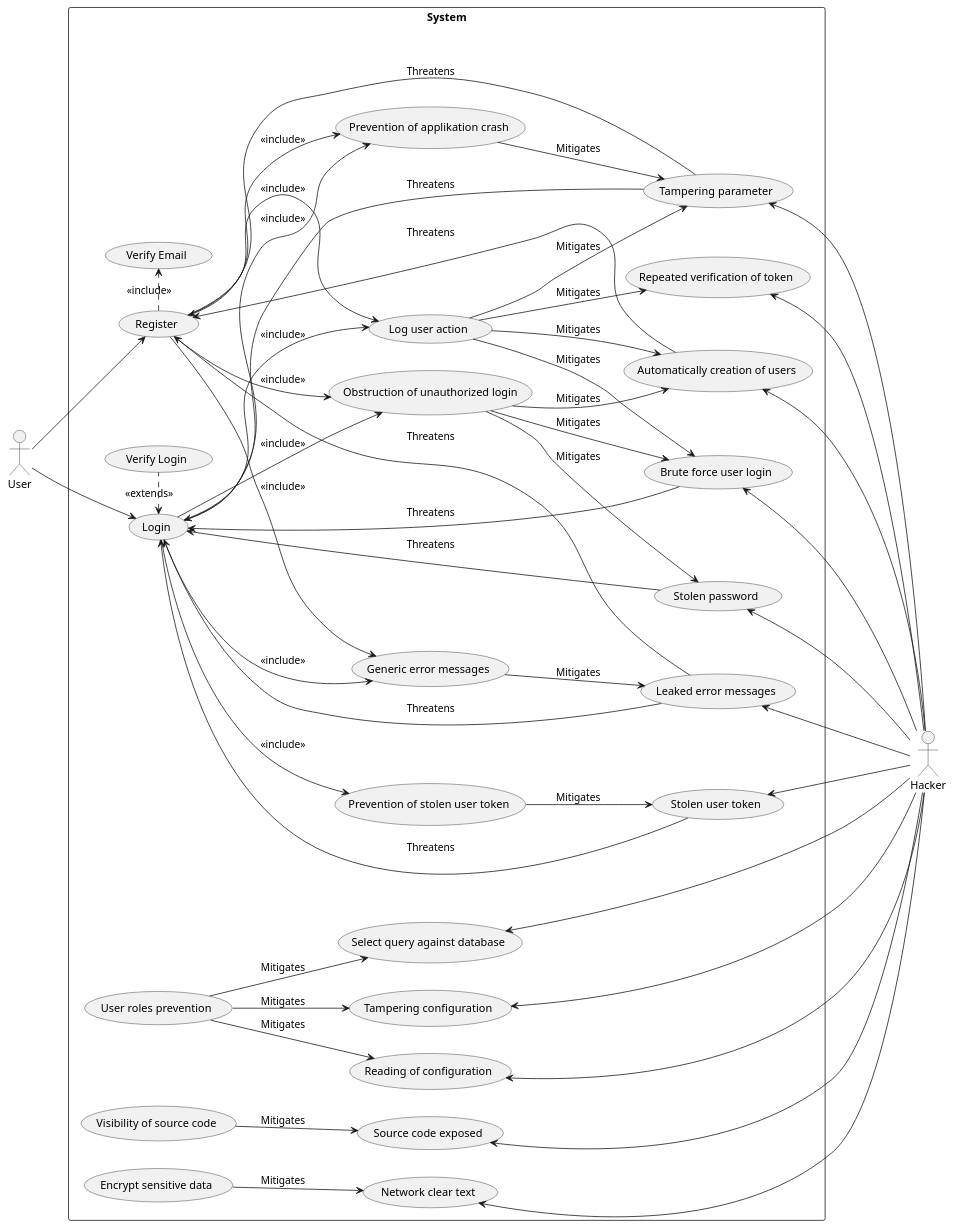
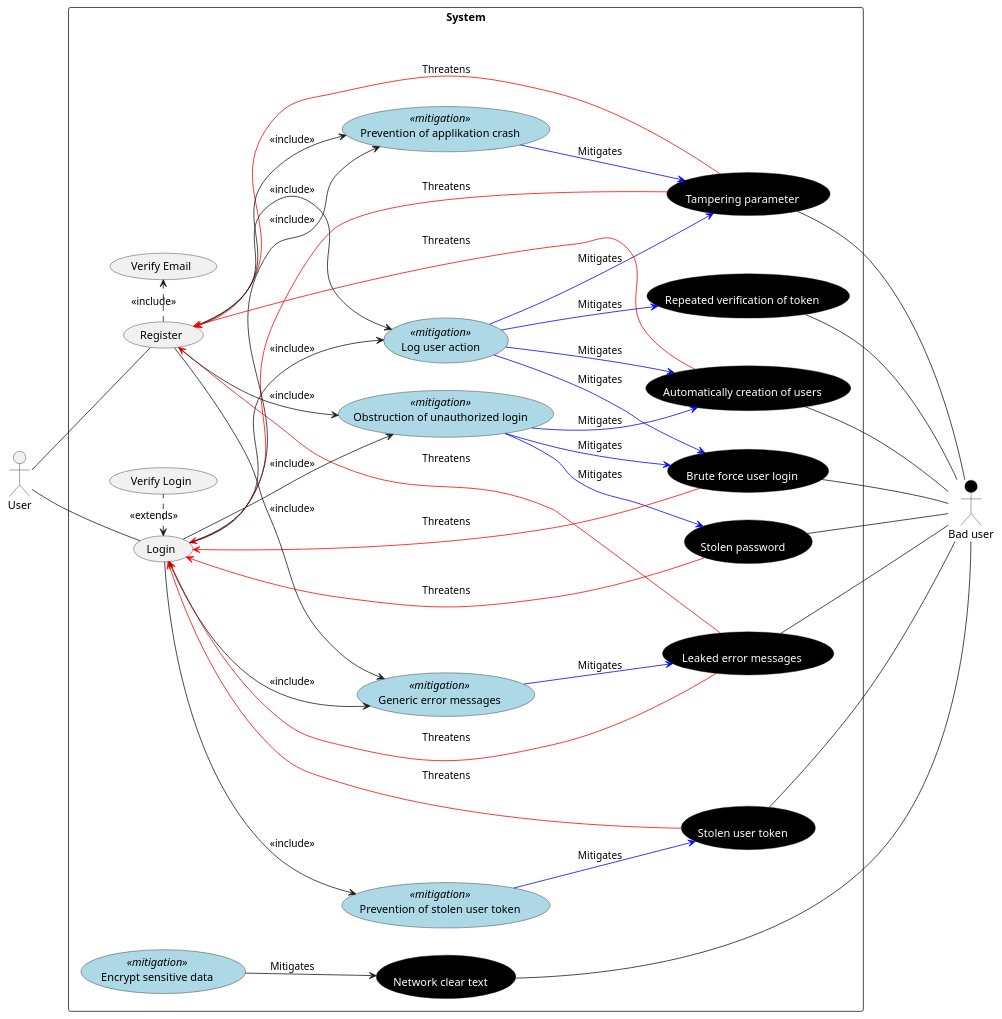
Before and after one commit to blackout1471/trust-us-school: the diagram in Docs/trust-us-misuse-case.plantuml, drawn with PlantUML.

Commit message:
fixed misuse

```diff
--- a/Docs/trust-us-misuse-case.plantuml
+++ b/Docs/trust-us-misuse-case.plantuml
@@ -1,114 +1,100 @@
 @startuml Misuse cases
 
 left to right direction
 
-"User" as user
-"Hacker" as hacker
+actor "User" as user
+actor "Bad user" as hacker #black
 
+skinparam usecase {
+    FontColor<<misuse>> White
+    BackgroundColor<<misuse>> Black
+    ArrowColor<<misuse>> red
+
+    BackgroundColor<<mitigation>> lightblue
+    ArrowColor<<mitigation>> blue
+}
 
 rectangle System {
     usecase "Login" as u1
     usecase "Register" as u2
     usecase "Verify Email" as u3
     usecase "Verify Login" as u4
 
-    usecase "Stolen password" as h1
-    usecase "Brute force user login" as h2
-    usecase "Stolen user token" as h3
-    usecase "Tampering parameter" as h4
-    usecase "Tampering configuration" as h5
-    usecase "Reading of configuration" as h6
-    usecase "Leaked error messages" as h7
-    usecase "Source code exposed" as h8
-    usecase "Network clear text" as h9
-    usecase "Select query against database" as h10
-    usecase "Automatically creation of users" as h11
-    usecase "Repeated verification of token" as h12
+    usecase "Stolen password" as h1 <<misuse>>
+    usecase "Brute force user login" as h2 <<misuse>>
+    usecase "Stolen user token" as h3 <<misuse>>
+    usecase "Tampering parameter" as h4 <<misuse>>
+    usecase "Leaked error messages" as h7 <<misuse>>
+    usecase "Network clear text" as h9 <<misuse>>
+    usecase "Automatically creation of users" as h11 <<misuse>>
+    usecase "Repeated verification of token" as h12 <<misuse>>
     
-    usecase "Obstruction of unauthorized login" as m1
-    usecase "Prevention of stolen user token" as m2
-    usecase "Prevention of applikation crash" as m3
-    usecase "User roles prevention" as m4
-    usecase "Generic error messages" as m5
-    usecase "Visibility of source code" as m6
-    usecase "Encrypt sensitive data" as m7
-    usecase "Log user action" as m8
+    usecase "Obstruction of unauthorized login" as m1 <<mitigation>>
+    usecase "Prevention of stolen user token" as m2 <<mitigation>>
+    usecase "Prevention of applikation crash" as m3 <<mitigation>>
+    usecase "Generic error messages" as m5 <<mitigation>>
+    usecase "Encrypt sensitive data" as m7 <<mitigation>>
+    usecase "Log user action" as m8 <<mitigation>>
 }
 
-user --> u1
-user --> u2
+user -- u1
+user -- u2
 
-h1 <--- hacker
-h2 <--- hacker
-h3 <--- hacker
-h4 <--- hacker
-h5 <--- hacker
-h6 <--- hacker
-h7 <--- hacker
-h8 <--- hacker
-h9 <--- hacker
-h10 <--- hacker
-h11 <--- hacker
-h12 <--- hacker
+h1 --- hacker
+h2 --- hacker
+h3 --- hacker
+h4 --- hacker
+h7 --- hacker
+h9 --- hacker
+h11 --- hacker
+h12 --- hacker
 
 u2 .> u3: <<include>>
 u1 <. u4: <<extends>>
 
 'Stolen password'
-u1 <-- h1 : Threatens
-m1 --> h1 : Mitigates
+u1 <-- h1 <<misuse>> : Threatens
+m1 --> h1 <<mitigation>> : Mitigates
 u1 --> m1 : <<include>>
 
 'Brute force'
-u1 <-- h2 : Threatens
-m1 --> h2 : Mitigates
-m8 --> h2 : Mitigates
+u1 <-- h2 <<misuse>> : Threatens
+m1 --> h2 <<mitigation>> : Mitigates
+m8 --> h2 <<mitigation>> : Mitigates
 u1 --> m8 : <<include>>
 
 'Stolen user token'
-u1 <-- h3 : Threatens
-m2 --> h3 : Mitigates
+u1 <-- h3 <<misuse>> : Threatens
+m2 --> h3 <<mitigation>> : Mitigates
 u1 --> m2 : <<include>>
 
 'tampering parameter'
-u1 <-- h4 : Threatens
-u2 <-- h4 : Threatens
-m3 --> h4 : Mitigates
-m8 --> h4 : Mitigates
+u1 <-- h4 <<misuse>> : Threatens
+u2 <-- h4 <<misuse>> : Threatens
+m3 --> h4 <<mitigation>> : Mitigates
+m8 --> h4 <<mitigation>> : Mitigates
 u1 --> m3 : <<include>>
 u2 --> m3 : <<include>>
 u2 --> m8 : <<include>>
 
-'Tampering config'
-m4 --> h5 : Mitigates
-
-'read config'
-m4 --> h6 : Mitigates
-
 'Fullstack messages'
-u1 <-- h7 : Threatens
-u2 <-- h7 : Threatens
-m5 --> h7 : Mitigates
+u1 <-- h7 <<misuse>> : Threatens
+u2 <-- h7 <<misuse>> : Threatens
+m5 --> h7 <<mitigation>> : Mitigates
 u1 --> m5 : <<include>>
 u2 --> m5 : <<include>>
-
-'source code leaked'
-m6 --> h8 : Mitigates
 
 'Network clear text'
 m7 --> h9 : Mitigates
 
-'Select query'
-m4 --> h10 : Mitigates
-
 'Automatic user registration'
-u2 <-- h11 : Threatens
-m1 --> h11 : Mitigates
-m8 --> h11 : Mitigates
+u2 <-- h11 <<misuse>> : Threatens
+m1 --> h11 <<mitigation>> : Mitigates
+m8 --> h11 <<mitigation>> : Mitigates
 u2 --> m1 : <<include>>
 
 'repeated verification of token'
-m8 --> h12 : Mitigates
+m8 --> h12 <<mitigation>> : Mitigates
 
 
 @enduml
```
